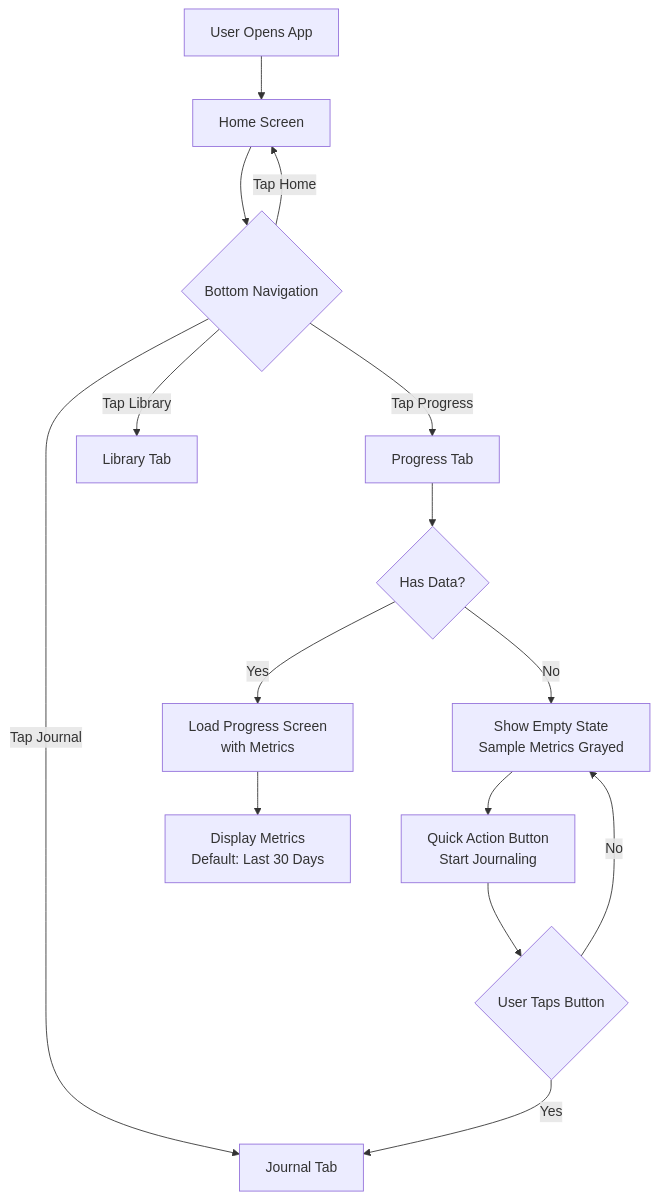
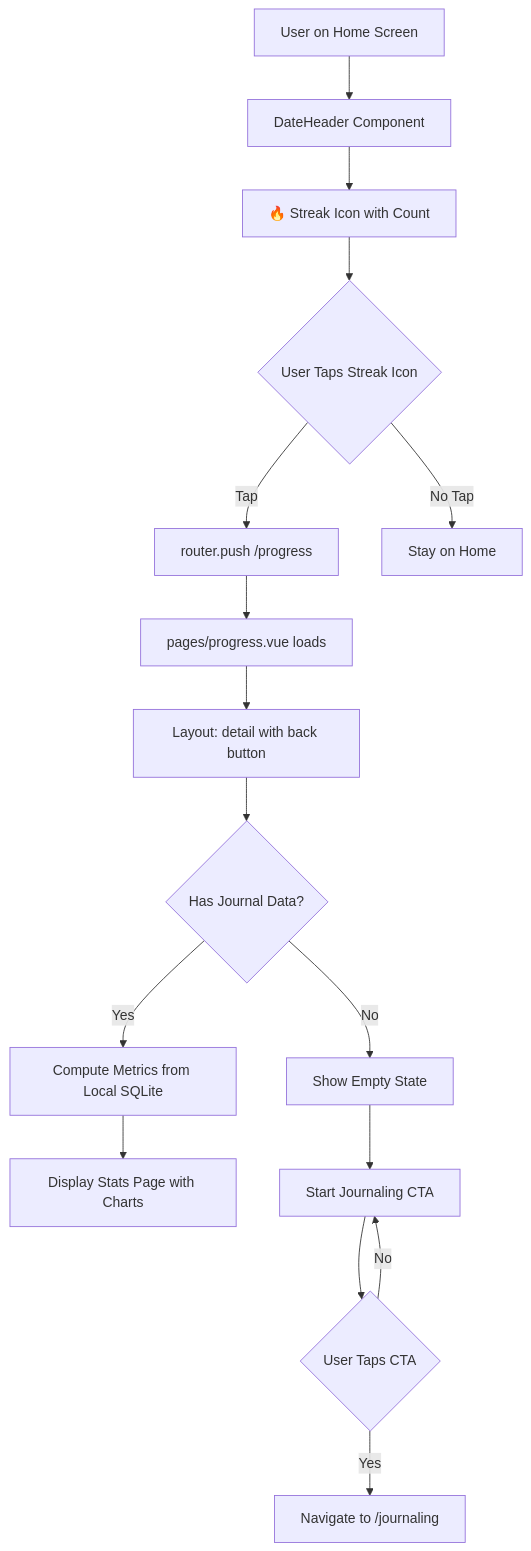
The first of 6 diagrams in feature-design/07. Progress/01-PROGRESS-FLOWS.md (Nhatdien/tranquara_frontend), drawn with Mermaid before and after one commit. The commit also changed other lines of this file and 9 other files, not shown here.

````diff
--- a/feature-design/07. Progress/01-PROGRESS-FLOWS.md
+++ b/feature-design/07. Progress/01-PROGRESS-FLOWS.md
@@ -11,21 +11,23 @@
 ```mermaid
 flowchart TD
-    A[User Opens App] --> B[Home Screen]
-    B --> C{Bottom Navigation}
+    A[User on Home Screen] --> B[DateHeader Component]
+    B --> C[🔥 Streak Icon with Count]
     
-    C -->|Tap Home| B
-    C -->|Tap Journal| D[Journal Tab]
-    C -->|Tap Progress| E[Progress Tab]
-    C -->|Tap Library| F[Library Tab]
+    C --> D{User Taps Streak Icon}
+    D -->|Tap| E[router.push /progress]
+    D -->|No Tap| F[Stay on Home]
     
-    E --> G{Has Data?}
-    G -->|Yes| H[Load Progress Screen<br/>with Metrics]
-    G -->|No| I[Show Empty State<br/>Sample Metrics Grayed]
+    E --> G[pages/progress.vue loads]
+    G --> H[Layout: detail with back button]
     
-    I --> J[Quick Action Button<br/>Start Journaling]
-    J --> K{User Taps Button}
-    K -->|Yes| D
-    K -->|No| I
+    H --> I{Has Journal Data?}
+    I -->|Yes| J[Compute Metrics from Local SQLite]
+    I -->|No| K[Show Empty State]
     
-    H --> L[Display Metrics<br/>Default: Last 30 Days]
+    J --> L[Display Stats Page with Charts]
+    K --> M[Start Journaling CTA]
+    
+    M --> N{User Taps CTA}
+    N -->|Yes| O[Navigate to /journaling]
+    N -->|No| M
 ```
````
